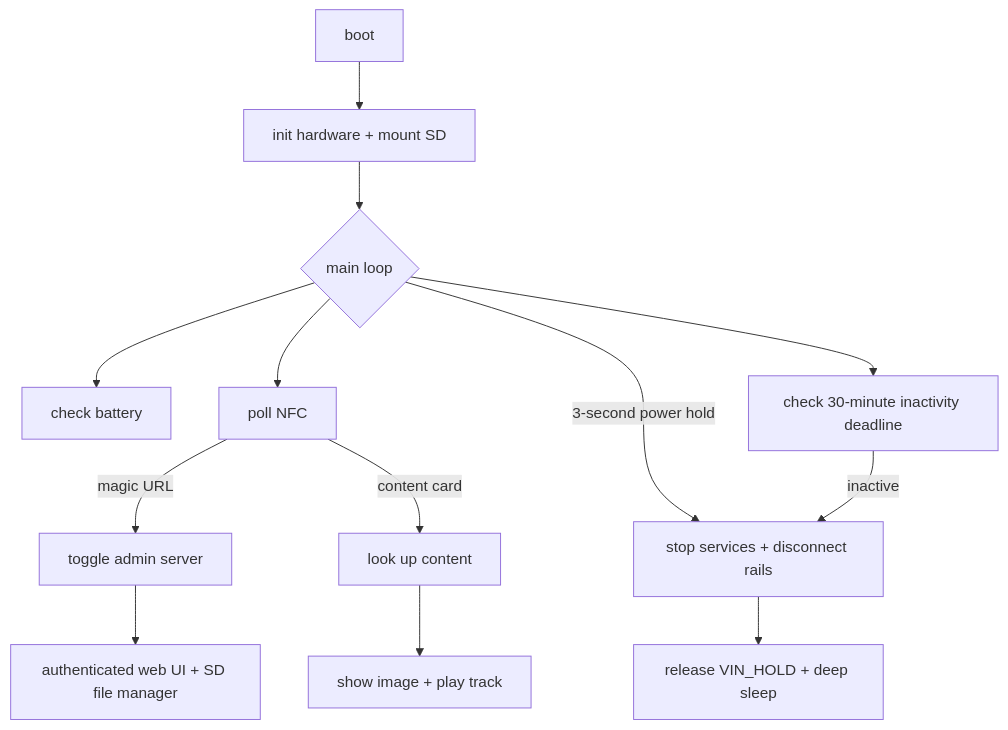
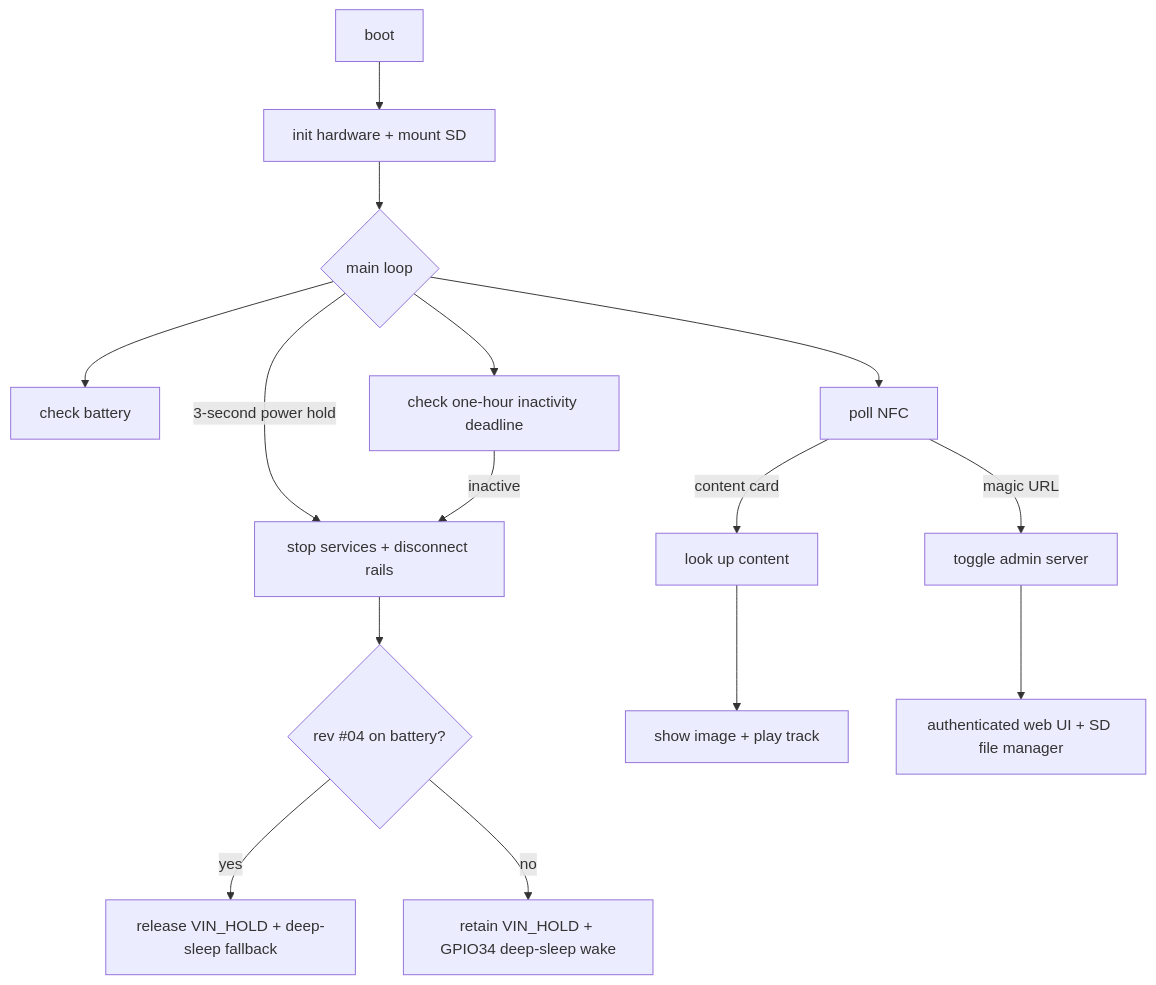
One commit to tensorfish/open-yoto changed the first of 2 diagrams in docs/open-yoto-firmware.md. Above: the diagram before and after it, drawn with Mermaid. The commit also changed other lines of this file and 12 other files, not shown here.

````diff
--- a/docs/open-yoto-firmware.md
+++ b/docs/open-yoto-firmware.md
@@ -17,15 +17,17 @@
 ```mermaid
 flowchart TD
   A[boot] --> B[init hardware + mount SD]
   B --> D{main loop}
   D --> E[check battery]
   D --> F[poll NFC]
-  D --> K[check 30-minute inactivity deadline]
+  D --> K[check one-hour inactivity deadline]
   D -->|3-second power hold| L[stop services + disconnect rails]
   K -->|inactive| L
-  L --> M[release VIN_HOLD + deep sleep]
+  L --> M{rev #04 on battery?}
+  M -->|yes| N[release VIN_HOLD + deep-sleep fallback]
+  M -->|no| O[retain VIN_HOLD + GPIO34 deep-sleep wake]
   F -->|magic URL| G[toggle admin server]
   F -->|content card| H[look up content]
   H --> I[show image + play track]
   G --> J[authenticated web UI + SD file manager]
 ```
````
